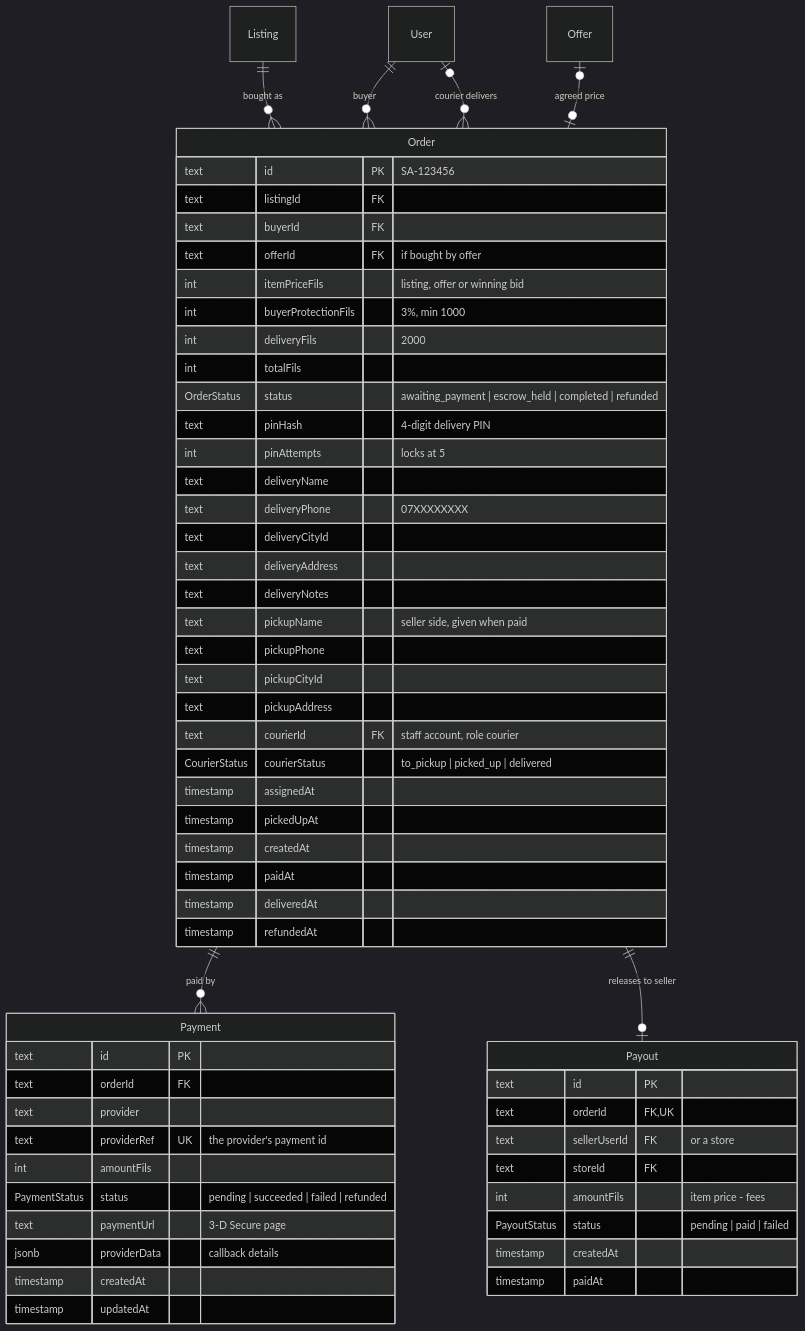
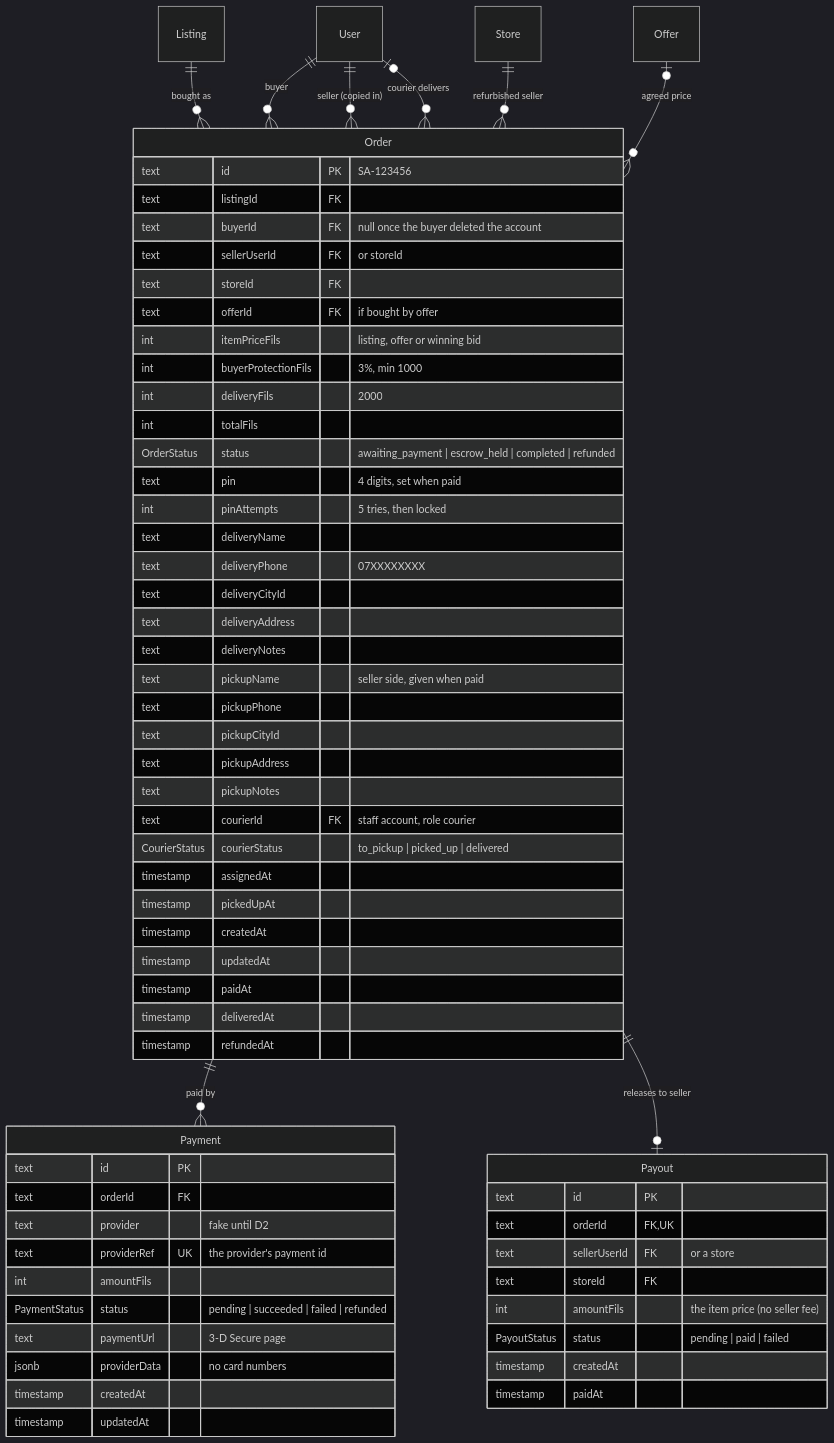
One commit to mustafa-kilany/madmoon-deals changed the fifth of 6 diagrams in docs/DATABASE.md. Above: the diagram before and after it, drawn with Mermaid (dark theme). The commit also changed other lines of this file and 7 other files, not shown here.

````diff
--- a/docs/DATABASE.md
+++ b/docs/DATABASE.md
@@ -349,61 +340,67 @@
 ```mermaid
 erDiagram
   Listing ||--o{ Order : "bought as"
   User ||--o{ Order : "buyer"
-  Offer |o--o| Order : "agreed price"
+  User ||--o{ Order : "seller (copied in)"
+  Store ||--o{ Order : "refurbished seller"
+  Offer |o--o{ Order : "agreed price"
   User |o--o{ Order : "courier delivers"
   Order ||--o{ Payment : "paid by"
   Order ||--o| Payout : "releases to seller"
   Order {
     text id PK "SA-123456"
     text listingId FK
-    text buyerId FK
+    text buyerId FK "null once the buyer deleted the account"
+    text sellerUserId FK "or storeId"
+    text storeId FK
     text offerId FK "if bought by offer"
     int itemPriceFils "listing, offer or winning bid"
     int buyerProtectionFils "3%, min 1000"
     int deliveryFils "2000"
     int totalFils
     OrderStatus status "awaiting_payment | escrow_held | completed | refunded"
-    text pinHash "4-digit delivery PIN"
-    int pinAttempts "locks at 5"
+    text pin "4 digits, set when paid"
+    int pinAttempts "5 tries, then locked"
     text deliveryName
     text deliveryPhone "07XXXXXXXX"
     text deliveryCityId
     text deliveryAddress
     text deliveryNotes
     text pickupName "seller side, given when paid"
     text pickupPhone
     text pickupCityId
     text pickupAddress
+    text pickupNotes
     text courierId FK "staff account, role courier"
     CourierStatus courierStatus "to_pickup | picked_up | delivered"
     timestamp assignedAt
     timestamp pickedUpAt
     timestamp createdAt
+    timestamp updatedAt
     timestamp paidAt
     timestamp deliveredAt
     timestamp refundedAt
   }
   Payment {
     text id PK
     text orderId FK
-    text provider
+    text provider "fake until D2"
     text providerRef UK "the provider's payment id"
     int amountFils
     PaymentStatus status "pending | succeeded | failed | refunded"
     text paymentUrl "3-D Secure page"
-    jsonb providerData "callback details"
+    jsonb providerData "no card numbers"
     timestamp createdAt
     timestamp updatedAt
   }
   Payout {
     text id PK
     text orderId FK,UK
     text sellerUserId FK "or a store"
     text storeId FK
-    int amountFils "item price - fees"
+    int amountFils "the item price (no seller fee)"
     PayoutStatus status "pending | paid | failed"
     timestamp createdAt
     timestamp paidAt
   }
 ```
````
